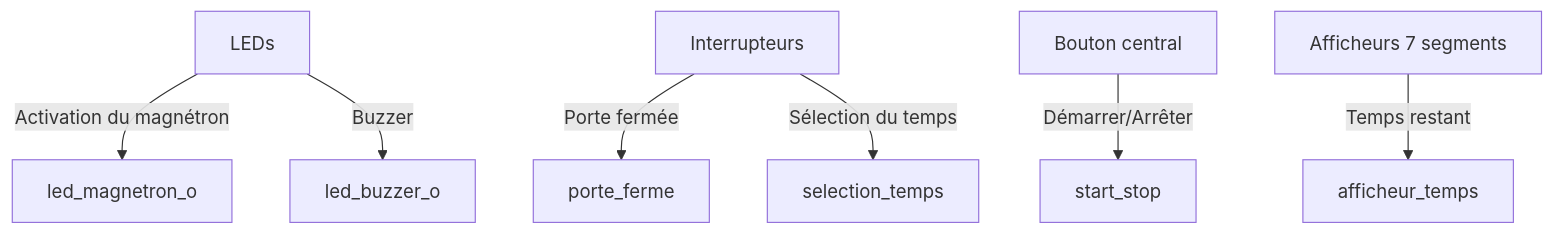
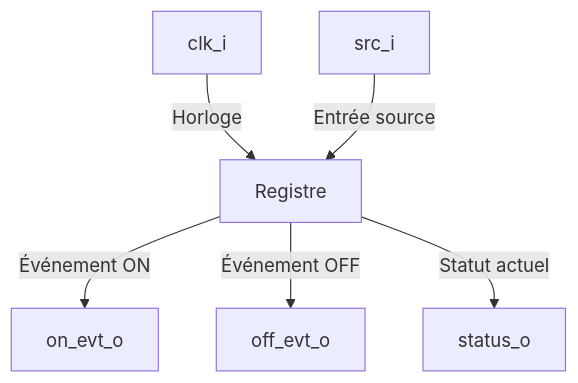
One commit to THE07s/Micro-ondes-VHDL changed the fifth of 5 diagrams in README.md. Above: the diagram before and after it, drawn with Mermaid. The commit also changed other lines of this file, not shown here.

````diff
--- a/README.md
+++ b/README.md
@@ -46,9 +296,8 @@
 ```mermaid
-graph TD;
-     A[LEDs] -->|Activation du magnétron| B[led_magnetron_o];
-     A -->|Buzzer| C[led_buzzer_o];
-     D[Interrupteurs] -->|Porte fermée| E[porte_ferme];
-     D -->|Sélection du temps| F[selection_temps];
-     G[Bouton central] -->|Démarrer/Arrêter| H[start_stop];
-     I[Afficheurs 7 segments] -->|Temps restant| J[afficheur_temps];
+graph TD
+    A[clk_i] -->|Horloge| B[Registre]
+    C[src_i] -->|Entrée source| B
+    B -->|Événement ON| D[on_evt_o]
+    B -->|Événement OFF| E[off_evt_o]
+    B -->|Statut actuel| F[status_o]
 ```
````
